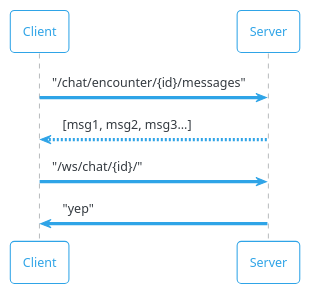
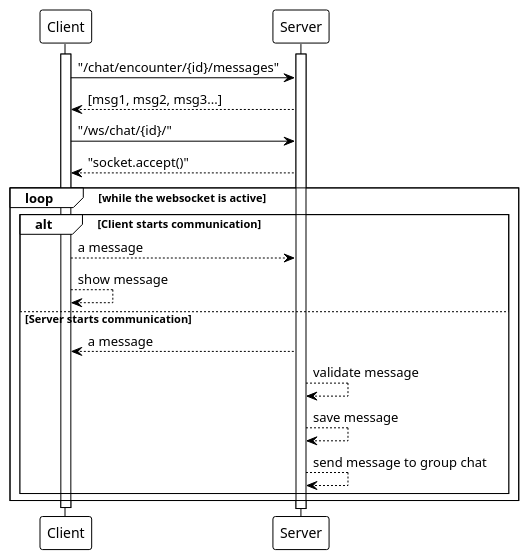
Before and after one commit to commed-it/docs: the diagram in 15-des/plantuml.org, drawn with PlantUML. The commit also changed other lines of this file and 7 other files, not shown here.

```diff
--- a/15-des/plantuml.org
+++ b/15-des/plantuml.org
@@ -2,7 +2,21 @@
-#+begin_src plantuml :file img/seq.png :dir .
-!theme cerulean-outline
+#+begin_src plantuml :file sec/img/api-calls.png :dir .
+!theme plain
+activate Client
+activate Server
 Client -> Server: "/chat/encounter/{id}/messages"
 Server --> Client : [msg1, msg2, msg3...]
 Client -> Server:  "/ws/chat/{id}/"
-Server -> Client: "yep"
+Server --> Client: "socket.accept()"
+loop while the websocket is active
+    alt Client starts communication
+        Client --> Server: a message
+        Client --> Client: show message
+    else Server starts communication
+        Server --> Client: a message
+        Server --> Server: validate message
+        Server --> Server: save message
+        Server --> Server: send message to group chat
+    end
+end
+deactivate Client
 #+end_src
```
